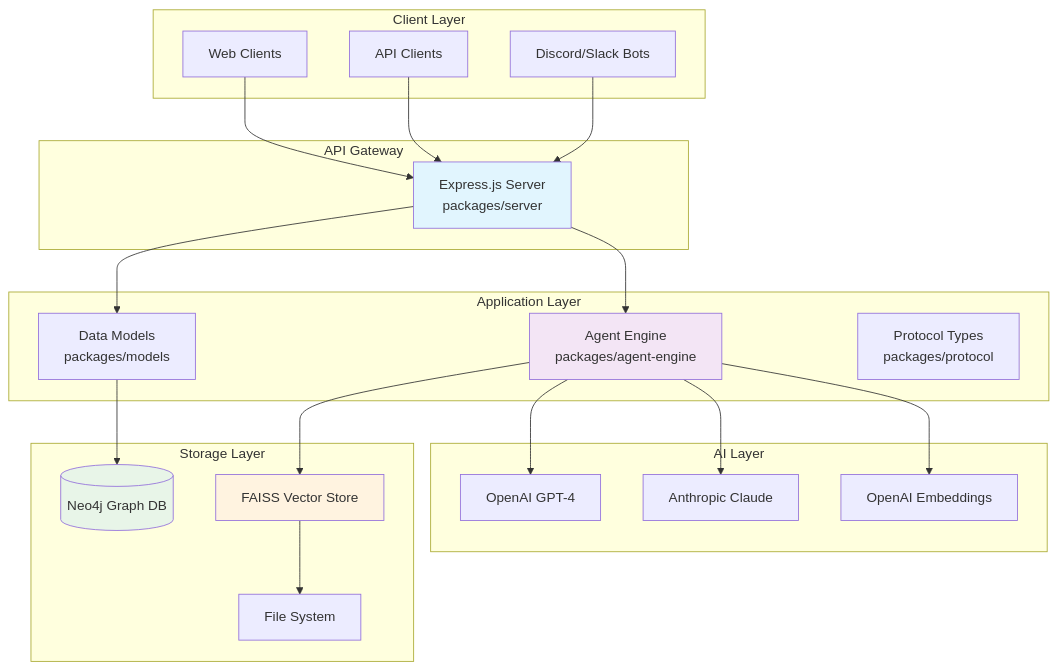
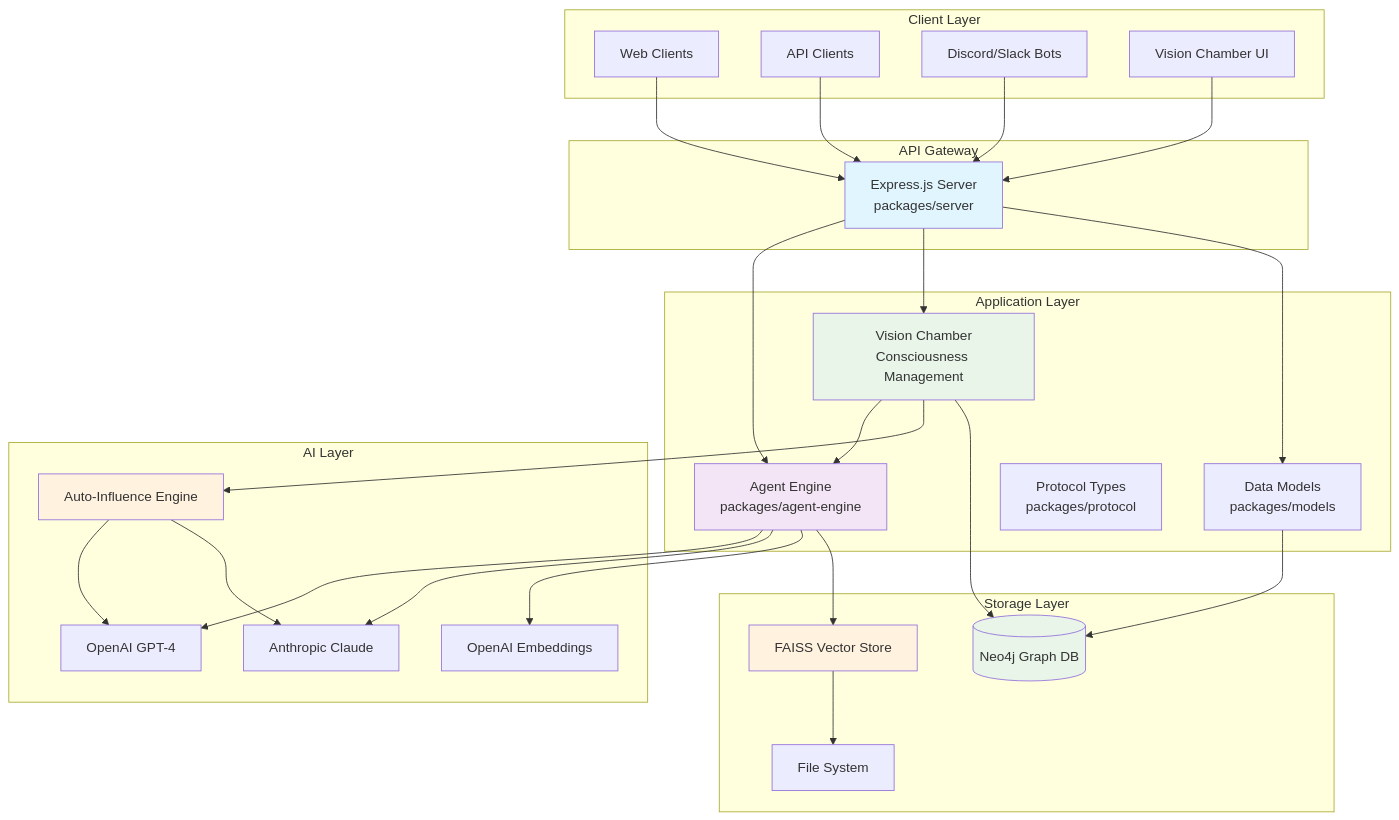
One commit to theingenuityco/starships.ai changed the first of 5 diagrams in docs/architecture.md. Above: the diagram before and after it, drawn with Mermaid. The commit also changed other lines of this file and 8 other files, not shown here.

````diff
--- a/docs/architecture.md
+++ b/docs/architecture.md
@@ -9,50 +11,64 @@
 ```mermaid
 graph TB
     subgraph "Client Layer"
         WEB[Web Clients]
         API_CLIENTS[API Clients]
         BOTS[Discord/Slack Bots]
+        VISION_UI[Vision Chamber UI]
     end
     
     subgraph "API Gateway"
         EXPRESS[Express.js Server<br/>packages/server]
     end
     
     subgraph "Application Layer"
         AGENT_ENGINE[Agent Engine<br/>packages/agent-engine]
+        VISION_CHAMBER[Vision Chamber<br/>Consciousness Management]
         MODELS[Data Models<br/>packages/models]
         PROTOCOL[Protocol Types<br/>packages/protocol]
     end
     
     subgraph "AI Layer"
         OPENAI[OpenAI GPT-4]
         ANTHROPIC[Anthropic Claude]
         EMBEDDINGS[OpenAI Embeddings]
+        AUTO_INFLUENCE[Auto-Influence Engine]
     end
     
     subgraph "Storage Layer"
         NEO4J[(Neo4j Graph DB)]
         FAISS[FAISS Vector Store]
         FS[File System]
     end
     
     WEB --> EXPRESS
     API_CLIENTS --> EXPRESS
     BOTS --> EXPRESS
+    VISION_UI --> EXPRESS
     
     EXPRESS --> AGENT_ENGINE
+    EXPRESS --> VISION_CHAMBER
     EXPRESS --> MODELS
+    
+    VISION_CHAMBER --> AGENT_ENGINE
+    VISION_CHAMBER --> AUTO_INFLUENCE
+    VISION_CHAMBER --> NEO4J
     
     AGENT_ENGINE --> OPENAI
     AGENT_ENGINE --> ANTHROPIC
     AGENT_ENGINE --> EMBEDDINGS
     AGENT_ENGINE --> FAISS
     
+    AUTO_INFLUENCE --> OPENAI
+    AUTO_INFLUENCE --> ANTHROPIC
+    
     MODELS --> NEO4J
     FAISS --> FS
     
     style EXPRESS fill:#e1f5fe
     style AGENT_ENGINE fill:#f3e5f5
+    style VISION_CHAMBER fill:#e8f5e8
     style NEO4J fill:#e8f5e8
     style FAISS fill:#fff3e0
+    style AUTO_INFLUENCE fill:#fff3e0
 ```
````
